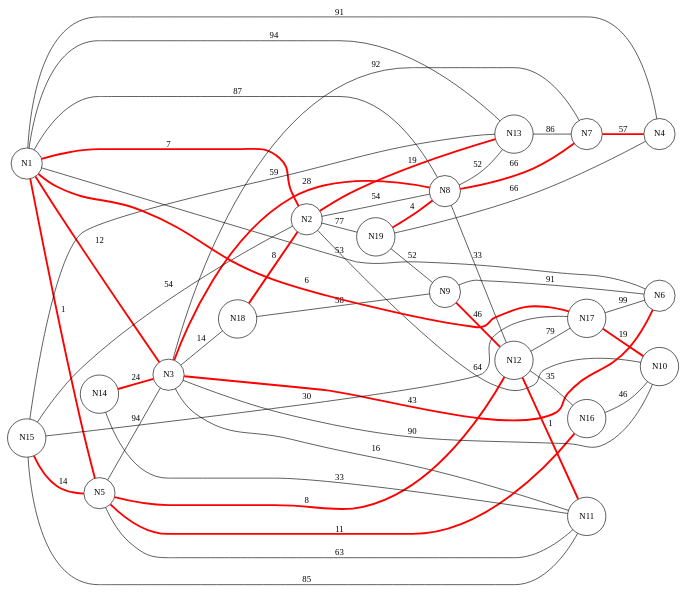
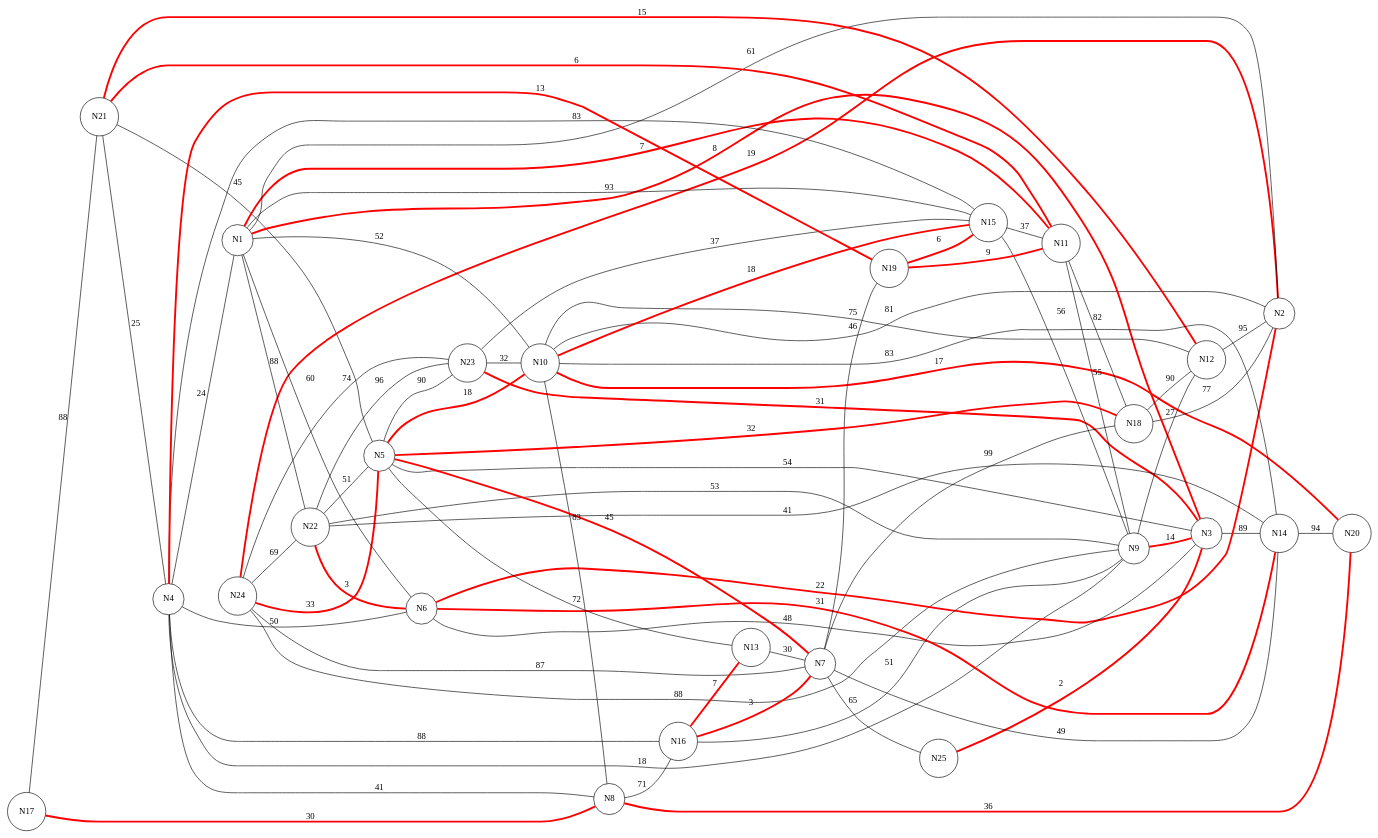
The diagram in graph_3_prim.dot (derqqx/ass3daa), drawn with Graphviz before and after one commit. The commit also changed 15 other files, not shown here.

Commit message:
git commit -m "feat: implement Graph and Edge classes with DOT visualization"

```diff
--- a/graph_3_prim.dot
+++ b/graph_3_prim.dot
@@ -1,72 +1,104 @@
 graph G {
   rankdir=LR;
   node [shape=circle];
 
+  N21;
+  N20;
+  N23;
+  N22;
+  N25;
+  N24;
   N1;
   N2;
   N3;
   N4;
   N5;
   N6;
   N7;
   N8;
   N9;
   N10;
   N12;
   N11;
   N14;
   N13;
   N16;
   N15;
   N18;
   N17;
   N19;
 
-  N2 -- N1 [label="7", color="red", penwidth=3.0];
-  N3 -- N1 [label="12", color="red", penwidth=3.0];
-  N4 -- N1 [label="91"];
-  N5 -- N3 [label="94"];
-  N6 -- N3 [label="43", color="red", penwidth=3.0];
-  N7 -- N4 [label="57", color="red", penwidth=3.0];
-  N8 -- N3 [label="28", color="red", penwidth=3.0];
-  N9 -- N6 [label="91"];
-  N10 -- N3 [label="90"];
-  N11 -- N5 [label="63"];
-  N12 -- N11 [label="1", color="red", penwidth=3.0];
-  N13 -- N7 [label="86"];
-  N14 -- N11 [label="33"];
-  N15 -- N2 [label="54"];
-  N16 -- N10 [label="46"];
-  N17 -- N6 [label="99"];
-  N18 -- N2 [label="8", color="red", penwidth=3.0];
-  N19 -- N9 [label="52"];
-  N8 -- N1 [label="87"];
-  N3 -- N18 [label="14"];
-  N15 -- N11 [label="85"];
-  N8 -- N13 [label="52"];
-  N2 -- N19 [label="77"];
-  N17 -- N1 [label="6", color="red", penwidth=3.0];
-  N5 -- N12 [label="8", color="red", penwidth=3.0];
-  N19 -- N8 [label="4", color="red", penwidth=3.0];
-  N12 -- N17 [label="79"];
-  N15 -- N13 [label="59"];
-  N18 -- N9 [label="58"];
-  N8 -- N12 [label="33"];
-  N6 -- N1 [label="53"];
-  N13 -- N2 [label="19", color="red", penwidth=3.0];
-  N12 -- N16 [label="35"];
-  N2 -- N10 [label="64"];
-  N2 -- N8 [label="54"];
-  N15 -- N17 [label="30"];
-  N14 -- N3 [label="24", color="red", penwidth=3.0];
-  N5 -- N16 [label="11", color="red", penwidth=3.0];
-  N17 -- N10 [label="19", color="red", penwidth=3.0];
-  N1 -- N13 [label="94"];
-  N8 -- N7 [label="66", color="red", penwidth=3.0];
-  N15 -- N5 [label="14", color="red", penwidth=3.0];
-  N9 -- N12 [label="46", color="red", penwidth=3.0];
-  N3 -- N11 [label="16"];
-  N3 -- N7 [label="92"];
-  N1 -- N5 [label="1", color="red", penwidth=3.0];
-  N4 -- N19 [label="66"];
+  N2 -- N1 [label="61"];
+  N3 -- N1 [label="8", color="red", penwidth=3.0];
+  N4 -- N1 [label="24"];
+  N5 -- N3 [label="54"];
+  N6 -- N3 [label="48"];
+  N7 -- N5 [label="45", color="red", penwidth=3.0];
+  N8 -- N4 [label="41"];
+  N9 -- N3 [label="14", color="red", penwidth=3.0];
+  N10 -- N8 [label="83"];
+  N11 -- N9 [label="55"];
+  N12 -- N10 [label="75"];
+  N13 -- N7 [label="30"];
+  N14 -- N10 [label="83"];
+  N15 -- N10 [label="18", color="red", penwidth=3.0];
+  N16 -- N7 [label="3", color="red", penwidth=3.0];
+  N17 -- N8 [label="30", color="red", penwidth=3.0];
+  N18 -- N7 [label="99"];
+  N19 -- N4 [label="13", color="red", penwidth=3.0];
+  N20 -- N10 [label="17", color="red", penwidth=3.0];
+  N21 -- N5 [label="45"];
+  N22 -- N5 [label="51"];
+  N23 -- N10 [label="32"];
+  N24 -- N23 [label="74"];
+  N25 -- N3 [label="2", color="red", penwidth=3.0];
+  N5 -- N10 [label="18", color="red", penwidth=3.0];
+  N7 -- N25 [label="65"];
+  N4 -- N9 [label="18"];
+  N15 -- N11 [label="37"];
+  N4 -- N16 [label="88"];
+  N1 -- N10 [label="52"];
+  N24 -- N7 [label="87"];
+  N15 -- N9 [label="56"];
+  N4 -- N15 [label="83"];
+  N8 -- N16 [label="71"];
+  N5 -- N23 [label="90"];
+  N24 -- N5 [label="33", color="red", penwidth=3.0];
+  N13 -- N5 [label="72"];
+  N24 -- N22 [label="69"];
+  N14 -- N22 [label="41"];
+  N9 -- N16 [label="51"];
+  N7 -- N14 [label="49"];
+  N8 -- N20 [label="36", color="red", penwidth=3.0];
+  N11 -- N18 [label="82"];
+  N18 -- N12 [label="90"];
+  N19 -- N11 [label="9", color="red", penwidth=3.0];
+  N7 -- N19 [label="46"];
+  N3 -- N14 [label="89"];
+  N9 -- N12 [label="27"];
+  N16 -- N13 [label="7", color="red", penwidth=3.0];
+  N18 -- N5 [label="32", color="red", penwidth=3.0];
+  N1 -- N22 [label="88"];
+  N6 -- N1 [label="60"];
+  N11 -- N21 [label="6", color="red", penwidth=3.0];
+  N3 -- N23 [label="31", color="red", penwidth=3.0];
+  N6 -- N4 [label="50"];
+  N19 -- N15 [label="6", color="red", penwidth=3.0];
+  N22 -- N9 [label="53"];
+  N12 -- N2 [label="95"];
+  N15 -- N23 [label="37"];
+  N17 -- N21 [label="88"];
+  N2 -- N18 [label="77"];
+  N23 -- N22 [label="96"];
+  N6 -- N2 [label="22", color="red", penwidth=3.0];
+  N1 -- N11 [label="7", color="red", penwidth=3.0];
+  N2 -- N10 [label="81"];
+  N24 -- N2 [label="19", color="red", penwidth=3.0];
+  N24 -- N9 [label="88"];
+  N6 -- N14 [label="31", color="red", penwidth=3.0];
+  N14 -- N20 [label="94"];
+  N21 -- N4 [label="25"];
+  N15 -- N1 [label="93"];
+  N22 -- N6 [label="3", color="red", penwidth=3.0];
+  N12 -- N21 [label="15", color="red", penwidth=3.0];
 }
```
